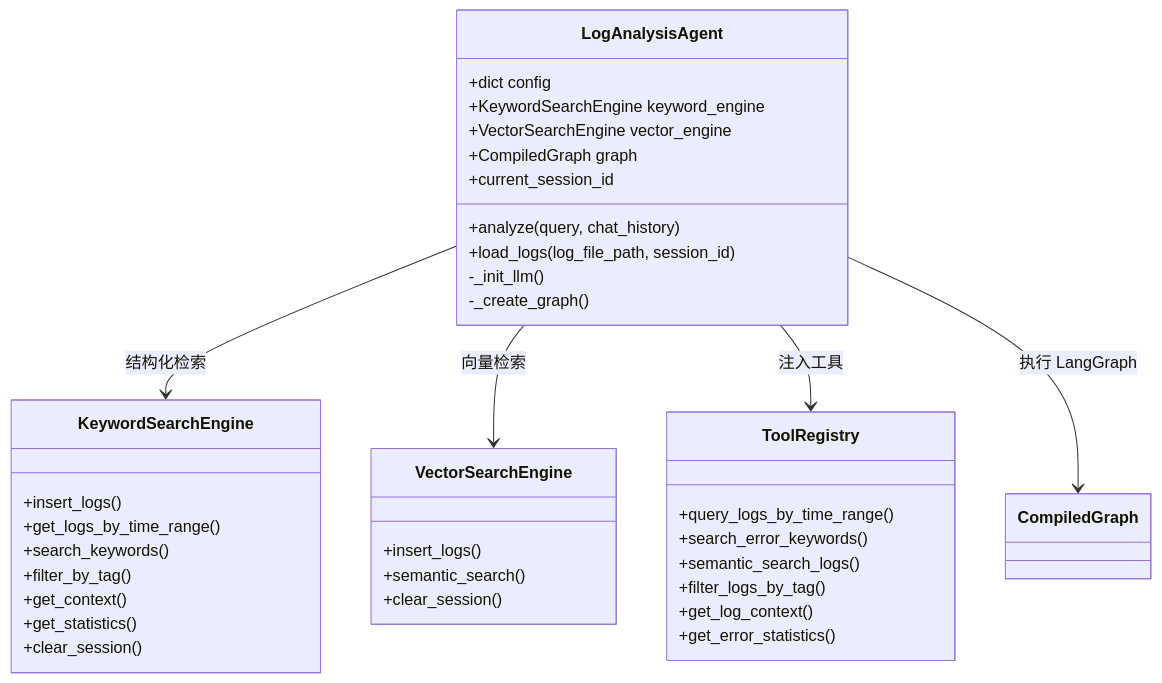
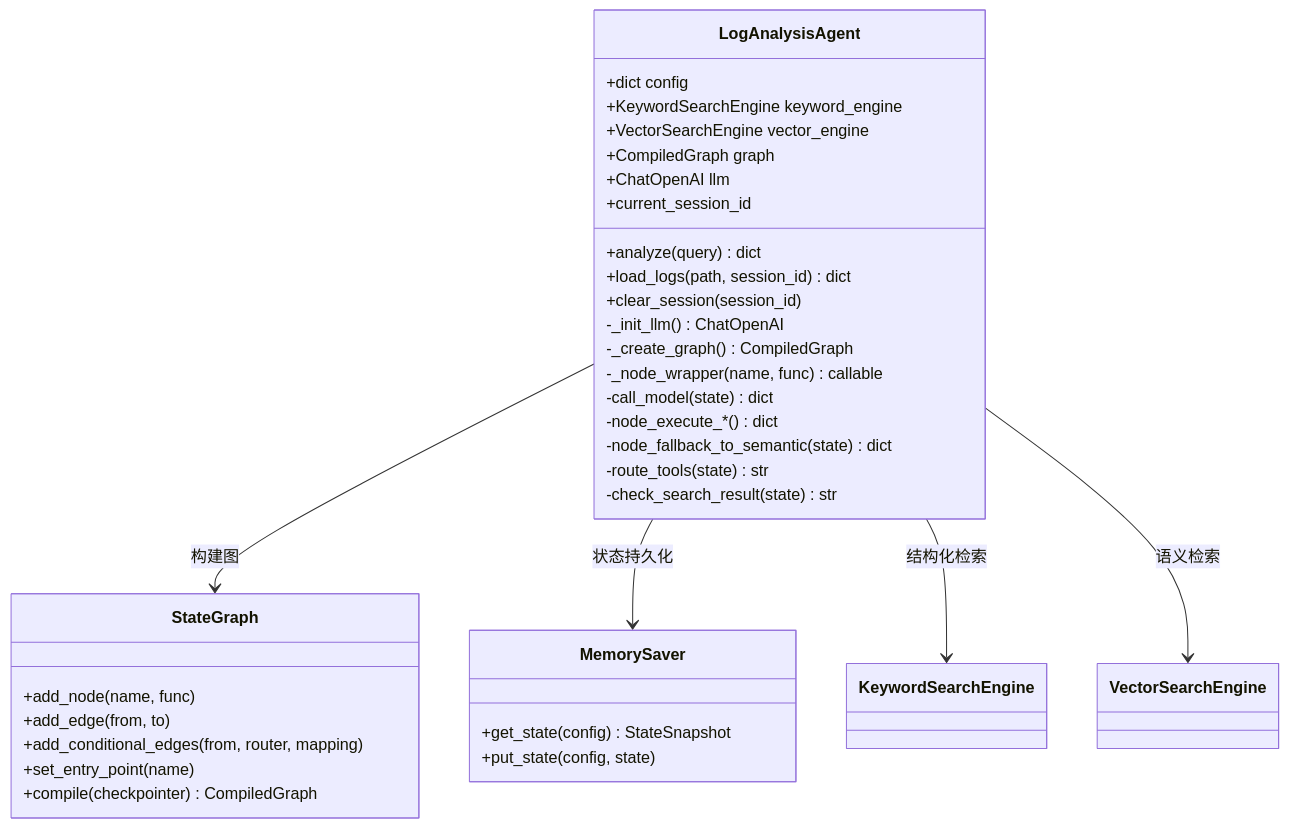
One commit to kick-pixel/log-analysis-agent changed the second of 2 diagrams in docs/graph.md. Above: the diagram before and after it, drawn with Mermaid. The commit also changed other lines of this file and 5 other files, not shown here.

Commit message:
feat: Implement initial log analysis agent with graph orchestration, keyword/vector search, and agent tools.

````diff
--- a/docs/graph.md
+++ b/docs/graph.md
@@ -62,44 +270,40 @@
 ```mermaid
 classDiagram
     class LogAnalysisAgent {
         +dict config
         +KeywordSearchEngine keyword_engine
         +VectorSearchEngine vector_engine
         +CompiledGraph graph
+        +ChatOpenAI llm
         +current_session_id
-        +analyze(query, chat_history)
-        +load_logs(log_file_path, session_id)
-        -_init_llm()
-        -_create_graph()
+        +analyze(query) dict
+        +load_logs(path, session_id) dict
+        +clear_session(session_id)
+        -_init_llm() ChatOpenAI
+        -_create_graph() CompiledGraph
+        -_node_wrapper(name, func) callable
+        -call_model(state) dict
+        -node_execute_*() dict
+        -node_fallback_to_semantic(state) dict
+        -route_tools(state) str
+        -check_search_result(state) str
     }
-
-    class KeywordSearchEngine {
-        +insert_logs()
-        +get_logs_by_time_range()
-        +search_keywords()
-        +filter_by_tag()
-        +get_context()
-        +get_statistics()
-        +clear_session()
+    
+    class StateGraph {
+        +add_node(name, func)
+        +add_edge(from, to)
+        +add_conditional_edges(from, router, mapping)
+        +set_entry_point(name)
+        +compile(checkpointer) CompiledGraph
     }
-
-    class VectorSearchEngine {
-        +insert_logs()
-        +semantic_search()
-        +clear_session()
+    
+    class MemorySaver {
+        +get_state(config) StateSnapshot
+        +put_state(config, state)
     }
-
-    class ToolRegistry {
-        +query_logs_by_time_range()
-        +search_error_keywords()
-        +semantic_search_logs()
-        +filter_logs_by_tag()
-        +get_log_context()
-        +get_error_statistics()
-    }
-
+    
+    LogAnalysisAgent --> StateGraph : 构建图
+    LogAnalysisAgent --> MemorySaver : 状态持久化
     LogAnalysisAgent --> KeywordSearchEngine : 结构化检索
-    LogAnalysisAgent --> VectorSearchEngine : 向量检索
-    LogAnalysisAgent --> ToolRegistry : 注入工具
-    LogAnalysisAgent --> CompiledGraph : 执行 LangGraph
+    LogAnalysisAgent --> VectorSearchEngine : 语义检索
 ```
````
